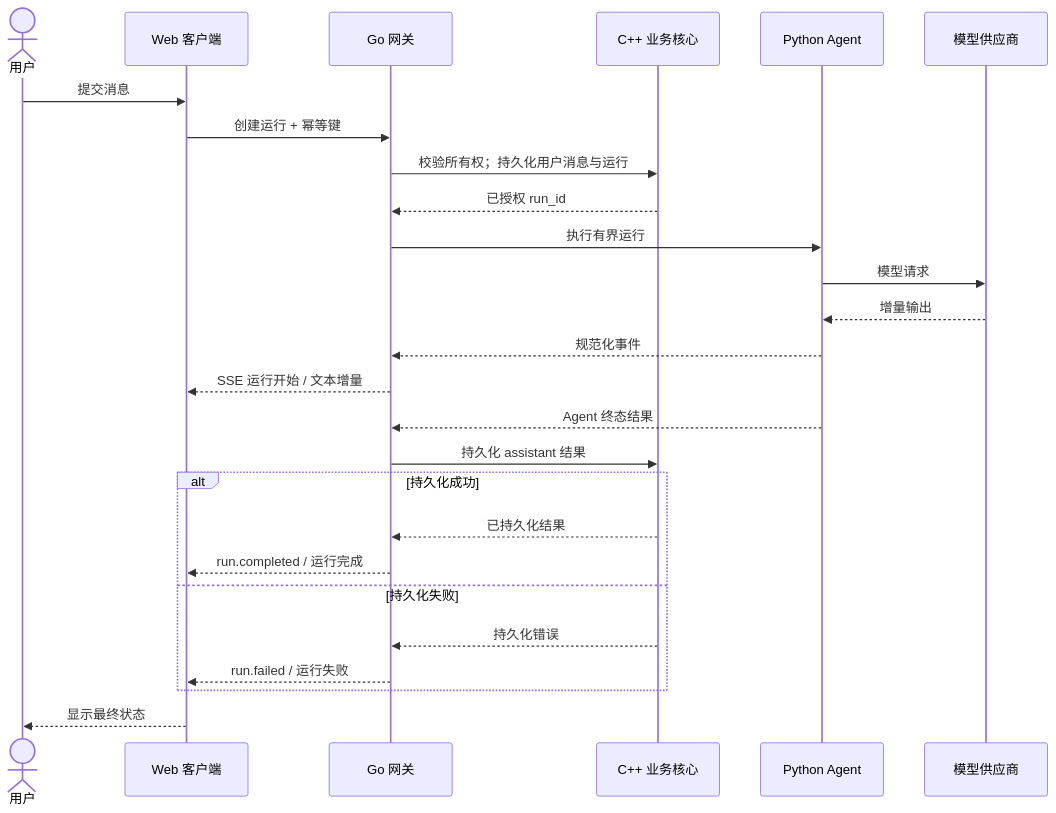
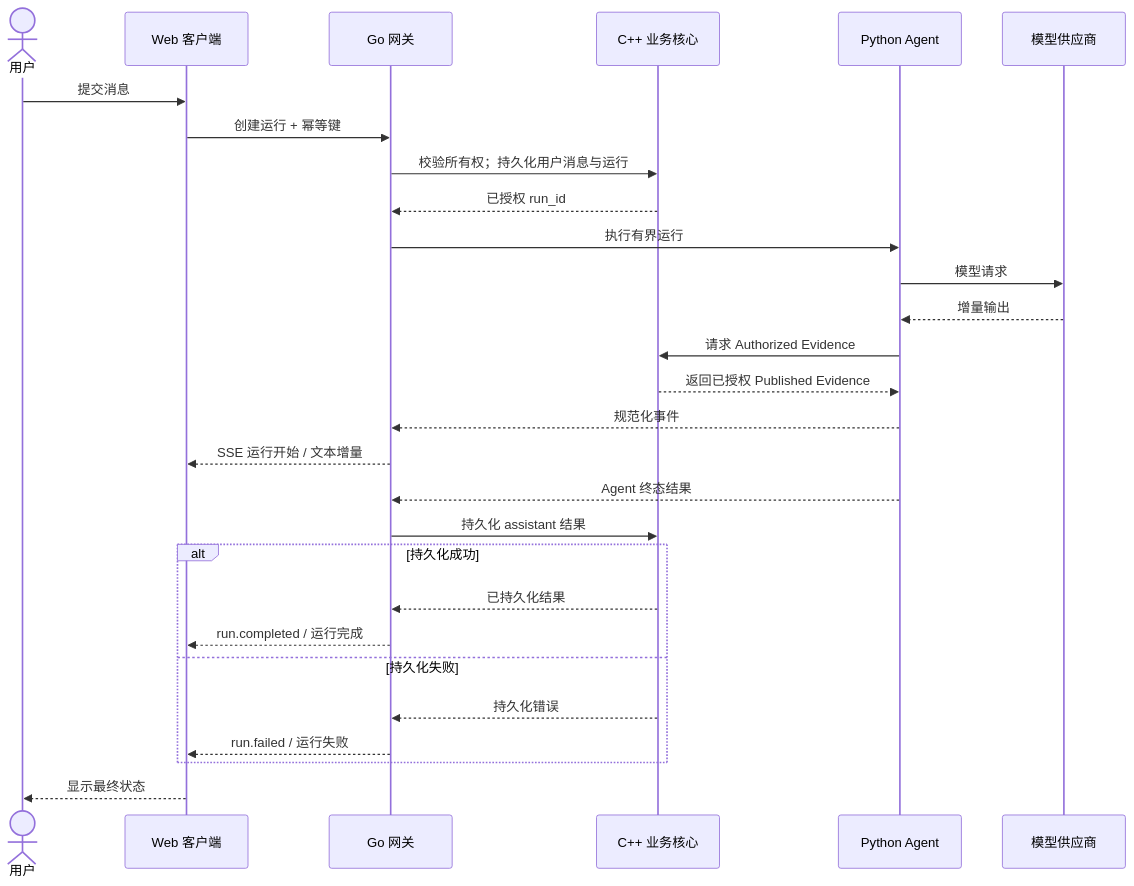
One commit to Rain0832/DrRainAI changed the diagram in docs/diagrams/chat-sequence.mmd. Above: the diagram before and after it, drawn with Mermaid. The commit also changed 28 other files, not shown here.

```diff
--- a/docs/diagrams/chat-sequence.mmd
+++ b/docs/diagrams/chat-sequence.mmd
@@ -1,26 +1,28 @@
 sequenceDiagram
     actor U as 用户
     participant W as Web 客户端
     participant G as Go 网关
     participant C as C++ 业务核心
     participant A as Python Agent
     participant M as 模型供应商
     U->>W: 提交消息
     W->>G: 创建运行 + 幂等键
     G->>C: 校验所有权；持久化用户消息与运行
     C-->>G: 已授权 run_id
     G->>A: 执行有界运行
     A->>M: 模型请求
     M-->>A: 增量输出
+    A->>C: 请求 Authorized Evidence
+    C-->>A: 返回已授权 Published Evidence
     A-->>G: 规范化事件
     G-->>W: SSE 运行开始 / 文本增量
     A-->>G: Agent 终态结果
     G->>C: 持久化 assistant 结果
     alt 持久化成功
         C-->>G: 已持久化结果
         G-->>W: run.completed / 运行完成
     else 持久化失败
         C-->>G: 持久化错误
         G-->>W: run.failed / 运行失败
     end
     W-->>U: 显示最终状态
```
